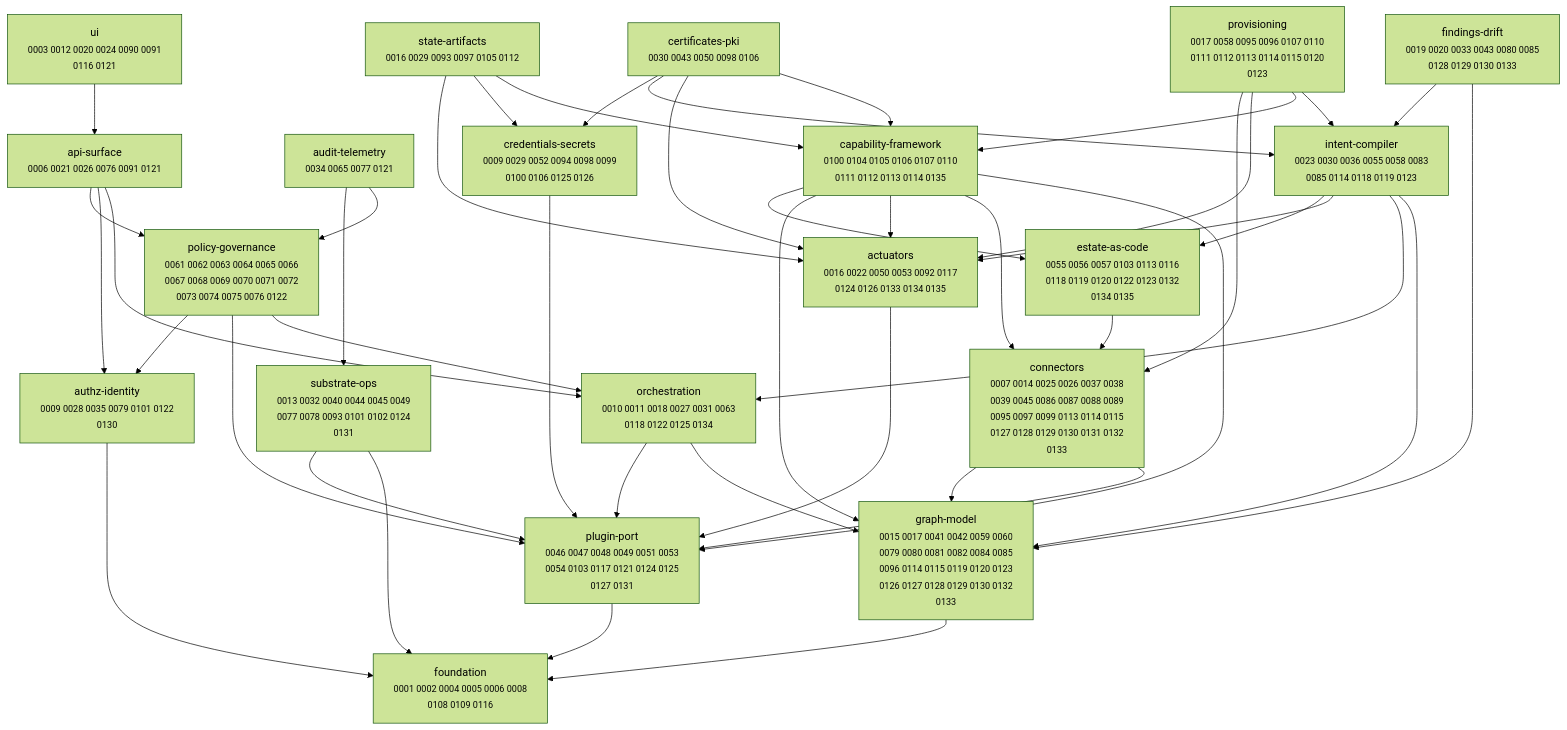
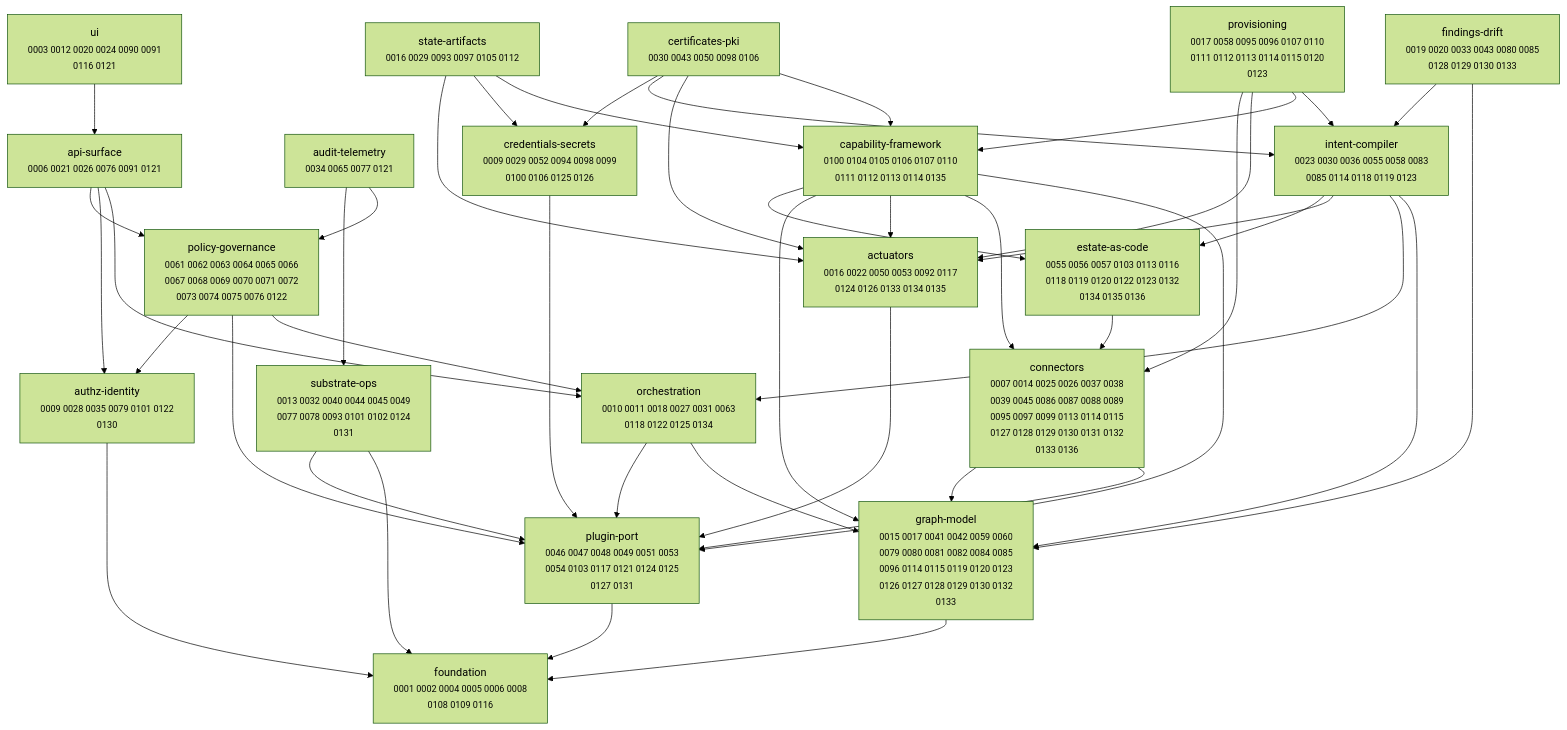
Before and after one commit to dstout-devops/stratt: the diagram in docs/adr/MAP.md, drawn with Mermaid (forest theme). The commit also changed other lines of this file and 2 other files, not shown here.

````diff
--- a/docs/adr/MAP.md
+++ b/docs/adr/MAP.md
@@ -11,67 +11,67 @@
 ```mermaid
 graph TD
   actuators["actuators<br/><small>0016 0022 0050 0053 0092 0117<br/>0124 0126 0133 0134 0135</small>"]
   api_surface["api-surface<br/><small>0006 0021 0026 0076 0091 0121</small>"]
   audit_telemetry["audit-telemetry<br/><small>0034 0065 0077 0121</small>"]
   authz_identity["authz-identity<br/><small>0009 0028 0035 0079 0101 0122<br/>0130</small>"]
   capability_framework["capability-framework<br/><small>0100 0104 0105 0106 0107 0110<br/>0111 0112 0113 0114 0135</small>"]
   certificates_pki["certificates-pki<br/><small>0030 0043 0050 0098 0106</small>"]
-  connectors["connectors<br/><small>0007 0014 0025 0026 0037 0038<br/>0039 0045 0086 0087 0088 0089<br/>0095 0097 0099 0113 0114 0115<br/>0127 0128 0129 0130 0131 0132<br/>0133</small>"]
+  connectors["connectors<br/><small>0007 0014 0025 0026 0037 0038<br/>0039 0045 0086 0087 0088 0089<br/>0095 0097 0099 0113 0114 0115<br/>0127 0128 0129 0130 0131 0132<br/>0133 0136</small>"]
   credentials_secrets["credentials-secrets<br/><small>0009 0029 0052 0094 0098 0099<br/>0100 0106 0125 0126</small>"]
-  estate_as_code["estate-as-code<br/><small>0055 0056 0057 0103 0113 0116<br/>0118 0119 0120 0122 0123 0132<br/>0134 0135</small>"]
+  estate_as_code["estate-as-code<br/><small>0055 0056 0057 0103 0113 0116<br/>0118 0119 0120 0122 0123 0132<br/>0134 0135 0136</small>"]
   findings_drift["findings-drift<br/><small>0019 0020 0033 0043 0080 0085<br/>0128 0129 0130 0133</small>"]
   foundation["foundation<br/><small>0001 0002 0004 0005 0006 0008<br/>0108 0109 0116</small>"]
   graph_model["graph-model<br/><small>0015 0017 0041 0042 0059 0060<br/>0079 0080 0081 0082 0084 0085<br/>0096 0114 0115 0119 0120 0123<br/>0126 0127 0128 0129 0130 0132<br/>0133</small>"]
   intent_compiler["intent-compiler<br/><small>0023 0030 0036 0055 0058 0083<br/>0085 0114 0118 0119 0123</small>"]
   orchestration["orchestration<br/><small>0010 0011 0018 0027 0031 0063<br/>0118 0122 0125 0134</small>"]
   plugin_port["plugin-port<br/><small>0046 0047 0048 0049 0051 0053<br/>0054 0103 0117 0121 0124 0125<br/>0127 0131</small>"]
   policy_governance["policy-governance<br/><small>0061 0062 0063 0064 0065 0066<br/>0067 0068 0069 0070 0071 0072<br/>0073 0074 0075 0076 0122</small>"]
   provisioning["provisioning<br/><small>0017 0058 0095 0096 0107 0110<br/>0111 0112 0113 0114 0115 0120<br/>0123</small>"]
   state_artifacts["state-artifacts<br/><small>0016 0029 0093 0097 0105 0112</small>"]
   substrate_ops["substrate-ops<br/><small>0013 0032 0040 0044 0045 0049<br/>0077 0078 0093 0101 0102 0124<br/>0131</small>"]
   ui["ui<br/><small>0003 0012 0020 0024 0090 0091<br/>0116 0121</small>"]
 
   actuators --> plugin_port
   api_surface --> orchestration
   api_surface --> authz_identity
   api_surface --> policy_governance
   audit_telemetry --> policy_governance
   audit_telemetry --> substrate_ops
   authz_identity --> foundation
   capability_framework --> plugin_port
   capability_framework --> connectors
   capability_framework --> actuators
   capability_framework --> graph_model
   capability_framework --> estate_as_code
   certificates_pki --> capability_framework
   certificates_pki --> actuators
   certificates_pki --> intent_compiler
   certificates_pki --> credentials_secrets
   connectors --> plugin_port
   connectors --> graph_model
   credentials_secrets --> plugin_port
   estate_as_code --> connectors
   findings_drift --> graph_model
   findings_drift --> intent_compiler
   graph_model --> foundation
   intent_compiler --> graph_model
   intent_compiler --> orchestration
   intent_compiler --> actuators
   intent_compiler --> estate_as_code
   orchestration --> graph_model
   orchestration --> plugin_port
   plugin_port --> foundation
   policy_governance --> orchestration
   policy_governance --> plugin_port
   policy_governance --> authz_identity
   provisioning --> intent_compiler
   provisioning --> capability_framework
   provisioning --> actuators
   provisioning --> connectors
   state_artifacts --> capability_framework
   state_artifacts --> credentials_secrets
   state_artifacts --> actuators
   substrate_ops --> foundation
   substrate_ops --> plugin_port
   ui --> api_surface
 ```
````
